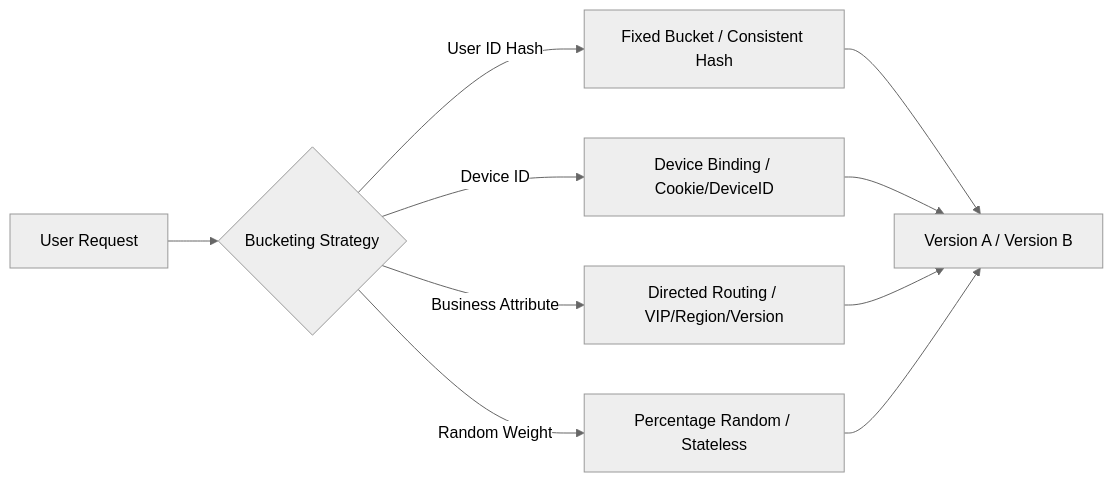
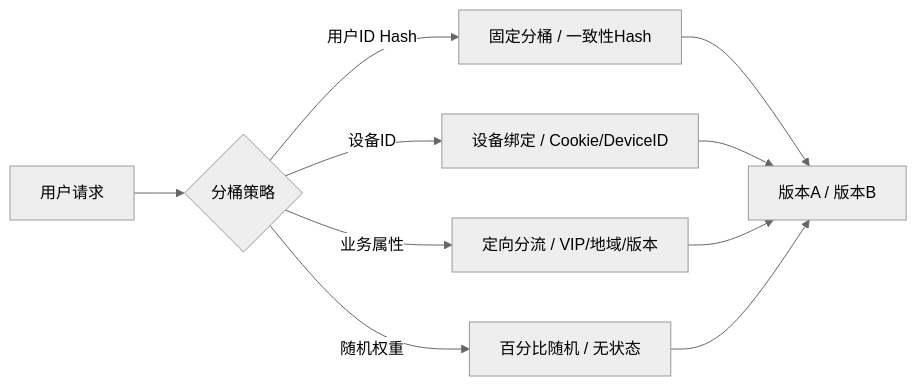
The third of 9 diagrams in templates/Product/Delivery/Template-Canary-Plan.md (Kirky-X/cangjie), drawn with Mermaid (neutral theme) before and after one commit. The commit also changed other lines of this file and 33 other files, not shown here.

````diff
--- a/templates/Product/Delivery/Template-Canary-Plan.md
+++ b/templates/Product/Delivery/Template-Canary-Plan.md
@@ -138,13 +138,13 @@
 ```mermaid
 flowchart LR
-    A[User Request] --> B{Bucketing Strategy}
-    B -->|User ID Hash| C[Fixed Bucket / Consistent Hash]
-    B -->|Device ID| D[Device Binding / Cookie/DeviceID]
-    B -->|Business Attribute| E[Directed Routing / VIP/Region/Version]
-    B -->|Random Weight| F[Percentage Random / Stateless]
+    A[用户请求] --> B{分桶策略}
+    B -->|用户ID Hash| C[固定分桶 / 一致性Hash]
+    B -->|设备ID| D[设备绑定 / Cookie/DeviceID]
+    B -->|业务属性| E[定向分流 / VIP/地域/版本]
+    B -->|随机权重| F[百分比随机 / 无状态]
 
-    C --> G[Version A / Version B]
+    C --> G[版本A / 版本B]
     D --> G
     E --> G
     F --> G
 ```
````
